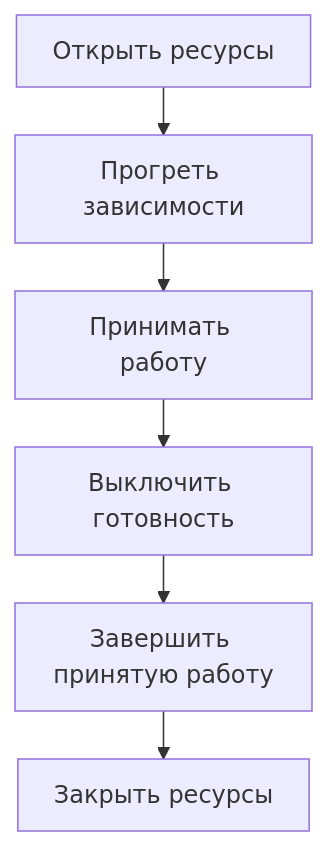
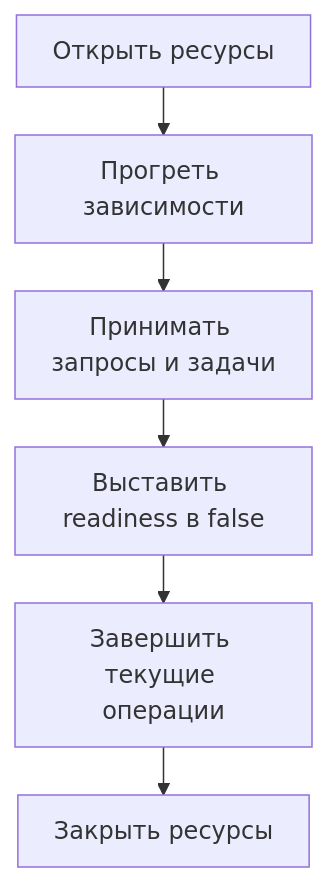
One commit to bedrock-python/bedrock-python.github.io changed the diagram in translations/ru/blog/posts/2026-09-13-python-service-lifecycle.md. Above: the diagram before and after it, drawn with Mermaid. The commit also changed other lines of this file and 24 other files, not shown here.

````diff
--- a/translations/ru/blog/posts/2026-09-13-python-service-lifecycle.md
+++ b/translations/ru/blog/posts/2026-09-13-python-service-lifecycle.md
@@ -75,23 +75,23 @@
 ```mermaid
 ---
 config:
   theme: default
   look: classic
   flowchart:
     useMaxWidth: false
     wrappingWidth: 150
     padding: 12
     nodeSpacing: 24
     rankSpacing: 32
 ---
 flowchart TD
-    accTitle: Один владелец всех этапов
-    accDescr: Готовность включается после инициализации. При остановке ресурсы закрываются после завершения принятой работы.
+    accTitle: Единый порядок запуска и остановки
+    accDescr: Сервис сообщает о готовности после инициализации. При остановке сначала завершаются текущие операции, затем закрываются ресурсы.
     A["Открыть ресурсы"]
     B["Прогреть зависимости"]
-    C["Принимать работу"]
-    D["Выключить готовность"]
-    E["Завершить принятую работу"]
+    C["Принимать запросы и задачи"]
+    D["Выставить readiness в false"]
+    E["Завершить текущие операции"]
     F["Закрыть ресурсы"]
     A --> B --> C --> D --> E --> F
 ```
````
